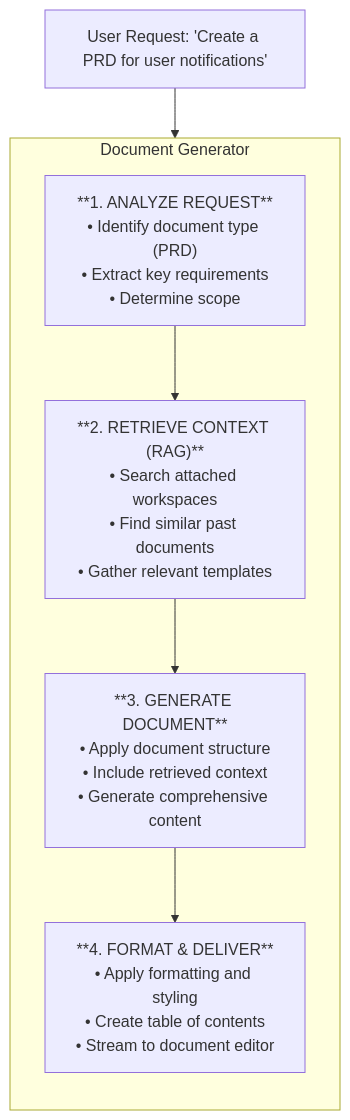
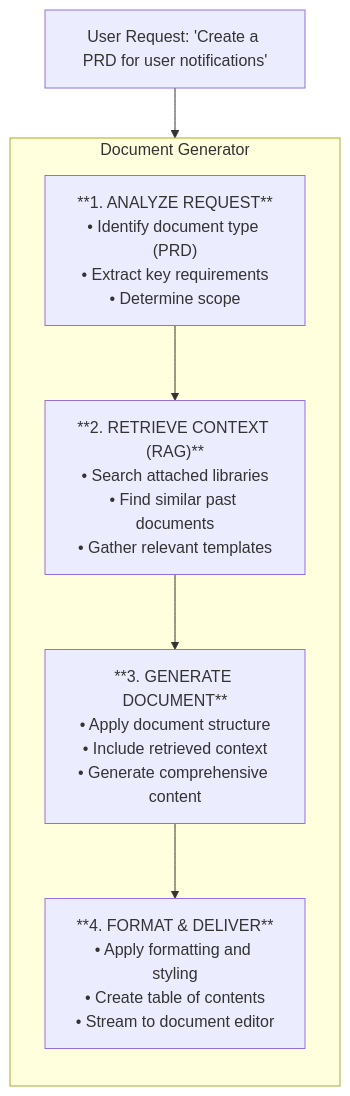
The diagram in apps/web/content/docs/agents/document-generator.mdx (Fabric-Pro/fabric-oss), drawn with Mermaid before and after one commit. The commit also changed other lines of this file and 1129 other files, not shown here.

````diff
--- a/apps/web/content/docs/agents/document-generator.mdx
+++ b/apps/web/content/docs/agents/document-generator.mdx
@@ -24,18 +24,18 @@
 ```mermaid
 flowchart TB
     U["User Request: 'Create a PRD for user notifications'"]
     U --> DG
 
     subgraph DG["Document Generator"]
         direction TB
         S1["**1. ANALYZE REQUEST**<br/>• Identify document type (PRD)<br/>• Extract key requirements<br/>• Determine scope"]
 
-        S2["**2. RETRIEVE CONTEXT (RAG)**<br/>• Search attached workspaces<br/>• Find similar past documents<br/>• Gather relevant templates"]
+        S2["**2. RETRIEVE CONTEXT (RAG)**<br/>• Search attached libraries<br/>• Find similar past documents<br/>• Gather relevant templates"]
 
         S3["**3. GENERATE DOCUMENT**<br/>• Apply document structure<br/>• Include retrieved context<br/>• Generate comprehensive content"]
 
         S4["**4. FORMAT & DELIVER**<br/>• Apply formatting and styling<br/>• Create table of contents<br/>• Stream to document editor"]
 
         S1 --> S2 --> S3 --> S4
     end
 ```
````
